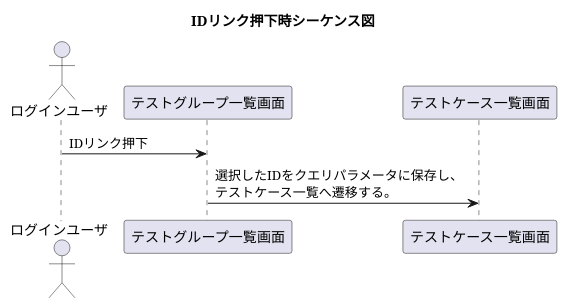
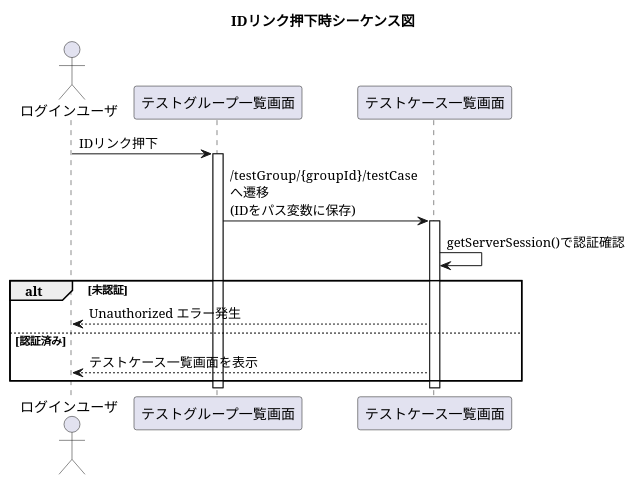
Before and after one commit to p1crin/sample-Test: the diagram in docs/Documents/PlantUML/TestGroup/テストグループ一覧画面_IDリンク押下時.puml, drawn with PlantUML. The commit also changed 28 other files, not shown here.

Commit message:
PlantUMLファイルを更新し、各シーケンス図のタイトルを日本語に変更

```diff
--- a/docs/Documents/PlantUML/TestGroup/テストグループ一覧画面_IDリンク押下時.puml
+++ b/docs/Documents/PlantUML/TestGroup/テストグループ一覧画面_IDリンク押下時.puml
@@ -1,11 +1,24 @@
-@startuml
+@startuml テストグループ一覧_IDリンク押下時
 scale max 3000 height
 title IDリンク押下時シーケンス図
 
 actor "ログインユーザ" as User
-participant "テストグループ一覧画面" as TestGroup
-participant "テストケース一覧画面" as TestCase
+participant "テストグループ一覧画面" as Screen
+participant "テストケース一覧画面" as TestCaseScreen
 
-User -> TestGroup: IDリンク押下
-TestGroup -> TestCase: 選択したIDをクエリパラメータに保存し、\nテストケース一覧へ遷移する。
+User -> Screen: IDリンク押下
+activate Screen
+
+Screen -> TestCaseScreen: /testGroup/{groupId}/testCase\nへ遷移\n(IDをパス変数に保存)
+activate TestCaseScreen
+
+TestCaseScreen -> TestCaseScreen: getServerSession()で認証確認
+alt 未認証
+    TestCaseScreen --> User: Unauthorized エラー発生
+else 認証済み
+    TestCaseScreen --> User: テストケース一覧画面を表示
+end
+
+deactivate TestCaseScreen
+deactivate Screen
 @enduml
```
